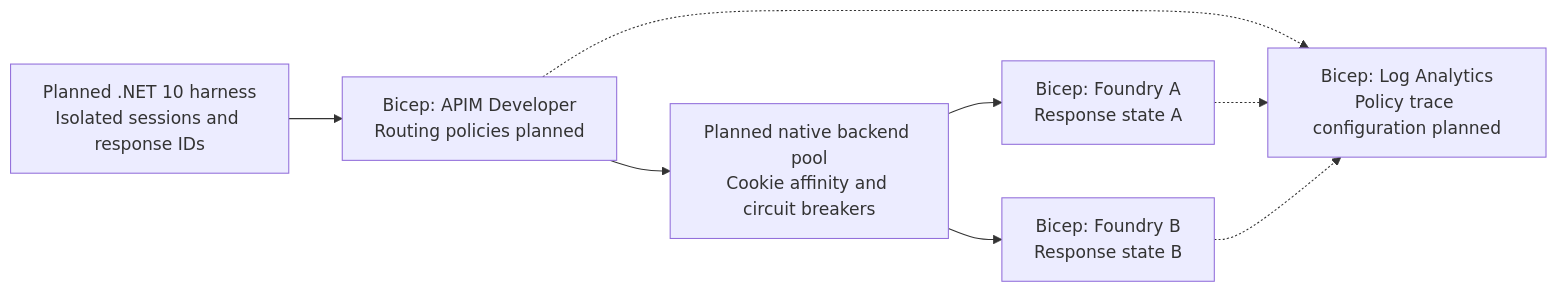
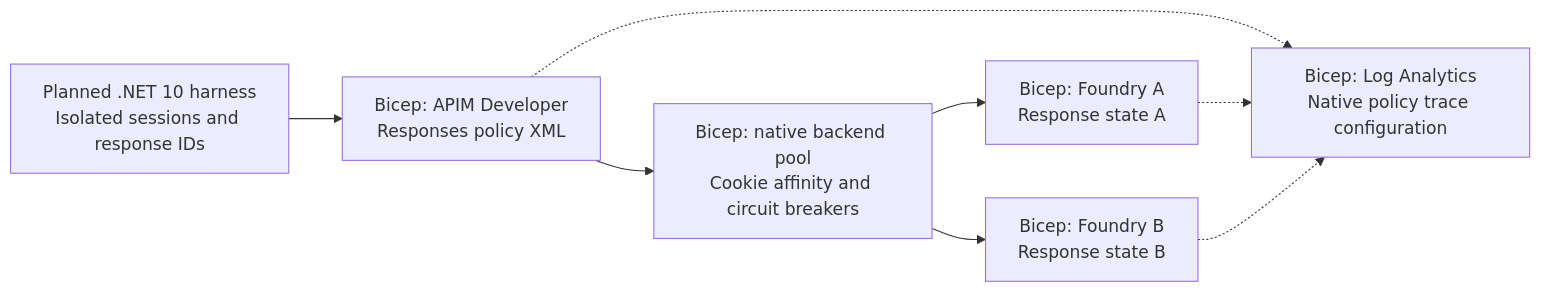
Before and after one commit to christopherhouse/APIM-AI-Gateway-Responses-API: the diagram in README.md, drawn with Mermaid. The commit also changed other lines of this file and 12 other files, not shown here.

First line of the commit message:
feat: implement gateway routing and affinity policies (task 003)

````diff
--- a/README.md
+++ b/README.md
@@ -22,16 +24,16 @@
 ```mermaid
 flowchart LR
     Client["Planned .NET 10 harness<br/>Isolated sessions and response IDs"]
-    Gateway["Bicep: APIM Developer<br/>Routing policies planned"]
-    Pool["Planned native backend pool<br/>Cookie affinity and circuit breakers"]
+    Gateway["Bicep: APIM Developer<br/>Responses policy XML"]
+    Pool["Bicep: native backend pool<br/>Cookie affinity and circuit breakers"]
     A["Bicep: Foundry A<br/>Response state A"]
     B["Bicep: Foundry B<br/>Response state B"]
-    Logs["Bicep: Log Analytics<br/>Policy trace configuration planned"]
+    Logs["Bicep: Log Analytics<br/>Native policy trace configuration"]
     Client --> Gateway
     Gateway --> Pool
     Pool --> A
     Pool --> B
     Gateway -.-> Logs
     A -.-> Logs
     B -.-> Logs
 ```
````
